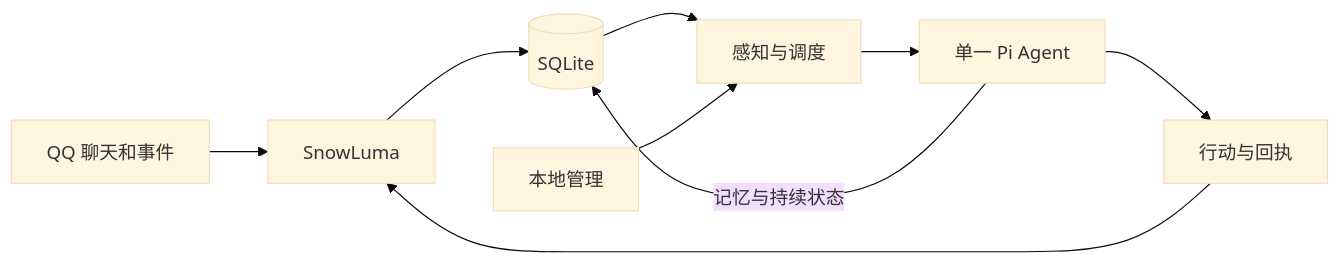
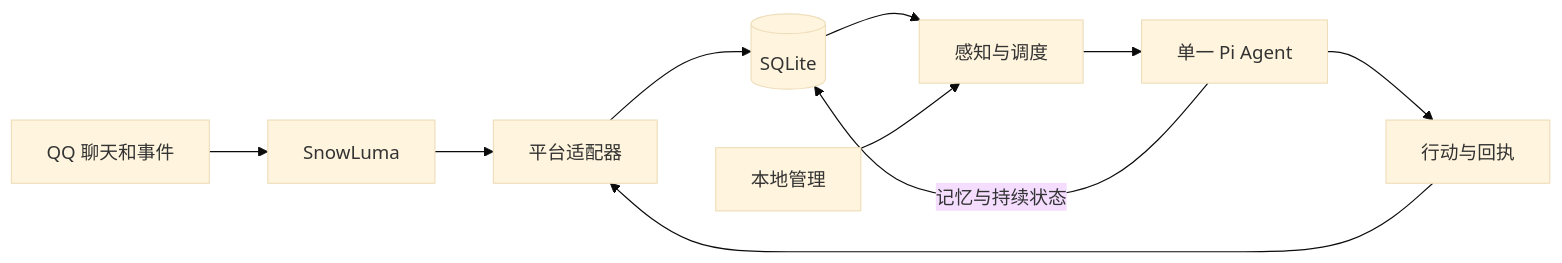
One commit to dixiatielu/Qiuyue-Digital-Life changed the diagram in README.zh.md. Above: the diagram before and after it, drawn with Mermaid (base theme). The commit also changed other lines of this file and 52 other files, not shown here.

````diff
--- a/README.zh.md
+++ b/README.zh.md
@@ -103,11 +112,12 @@
 ```mermaid
 flowchart LR
   QQ[QQ 聊天和事件] --> SL[SnowLuma]
-  SL --> DB[(SQLite)]
+  SL --> AP[平台适配器]
+  AP --> DB[(SQLite)]
   DB --> RT[感知与调度]
   RT --> PI[单一 Pi Agent]
   PI -->|记忆与持续状态| DB
   PI --> Tools[行动与回执]
-  Tools --> SL
+  Tools --> AP
   CLI[本地管理] --> RT
 ```
````
